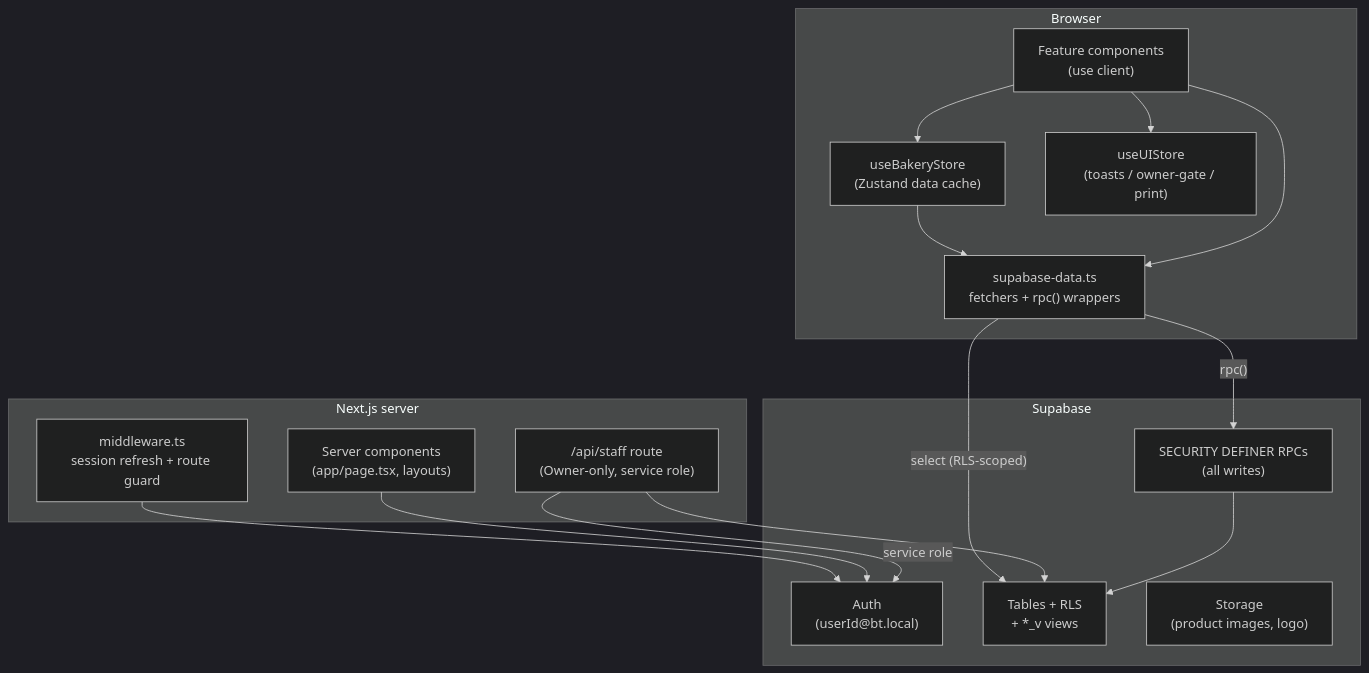
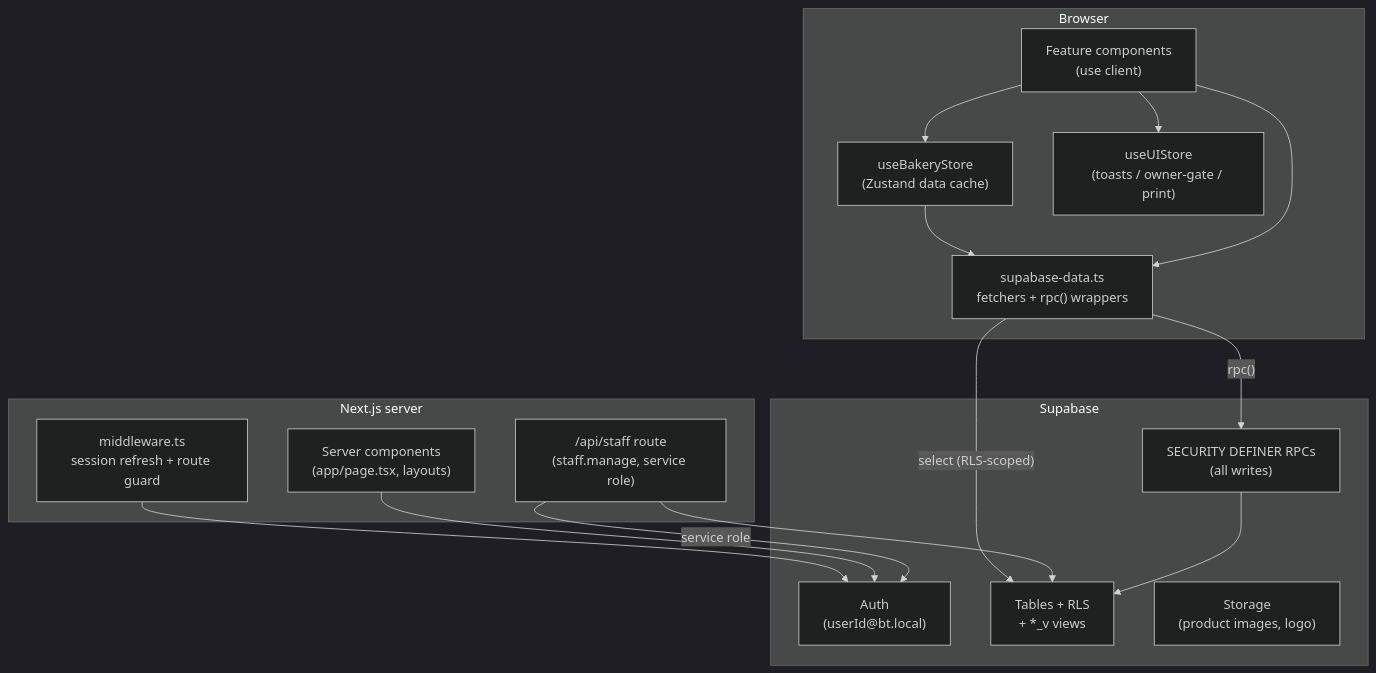
Before and after one commit to Bakers-Theory/bt-store-management: the diagram in docs/ARCHITECTURE.md, drawn with Mermaid (dark theme). The commit also changed other lines of this file and 4 other files, not shown here.

````diff
--- a/docs/ARCHITECTURE.md
+++ b/docs/ARCHITECTURE.md
@@ -67,34 +67,34 @@
 ```mermaid
 flowchart TD
   subgraph Browser
     UI["Feature components<br/>(use client)"]
     DS["useBakeryStore<br/>(Zustand data cache)"]
     US["useUIStore<br/>(toasts / owner-gate / print)"]
     SDK["supabase-data.ts<br/>fetchers + rpc() wrappers"]
     UI --> DS
     UI --> US
     DS --> SDK
     UI --> SDK
   end
 
   subgraph Edge["Next.js server"]
     MW["middleware.ts<br/>session refresh + route guard"]
     RSC["Server components<br/>(app/page.tsx, layouts)"]
-    API["/api/staff route<br/>(Owner-only, service role)"]
+    API["/api/staff route<br/>(staff.manage, service role)"]
   end
 
   subgraph Supabase
     AUTH["Auth<br/>(userId@bt.local)"]
     RLS["Tables + RLS<br/>+ *_v views"]
     RPC["SECURITY DEFINER RPCs<br/>(all writes)"]
     STG["Storage<br/>(product images, logo)"]
   end
 
   SDK -->|"select (RLS-scoped)"| RLS
   SDK -->|"rpc()"| RPC
   MW --> AUTH
   RSC --> AUTH
   API -->|"service role"| AUTH
   API --> RLS
   RPC --> RLS
 ```
````
